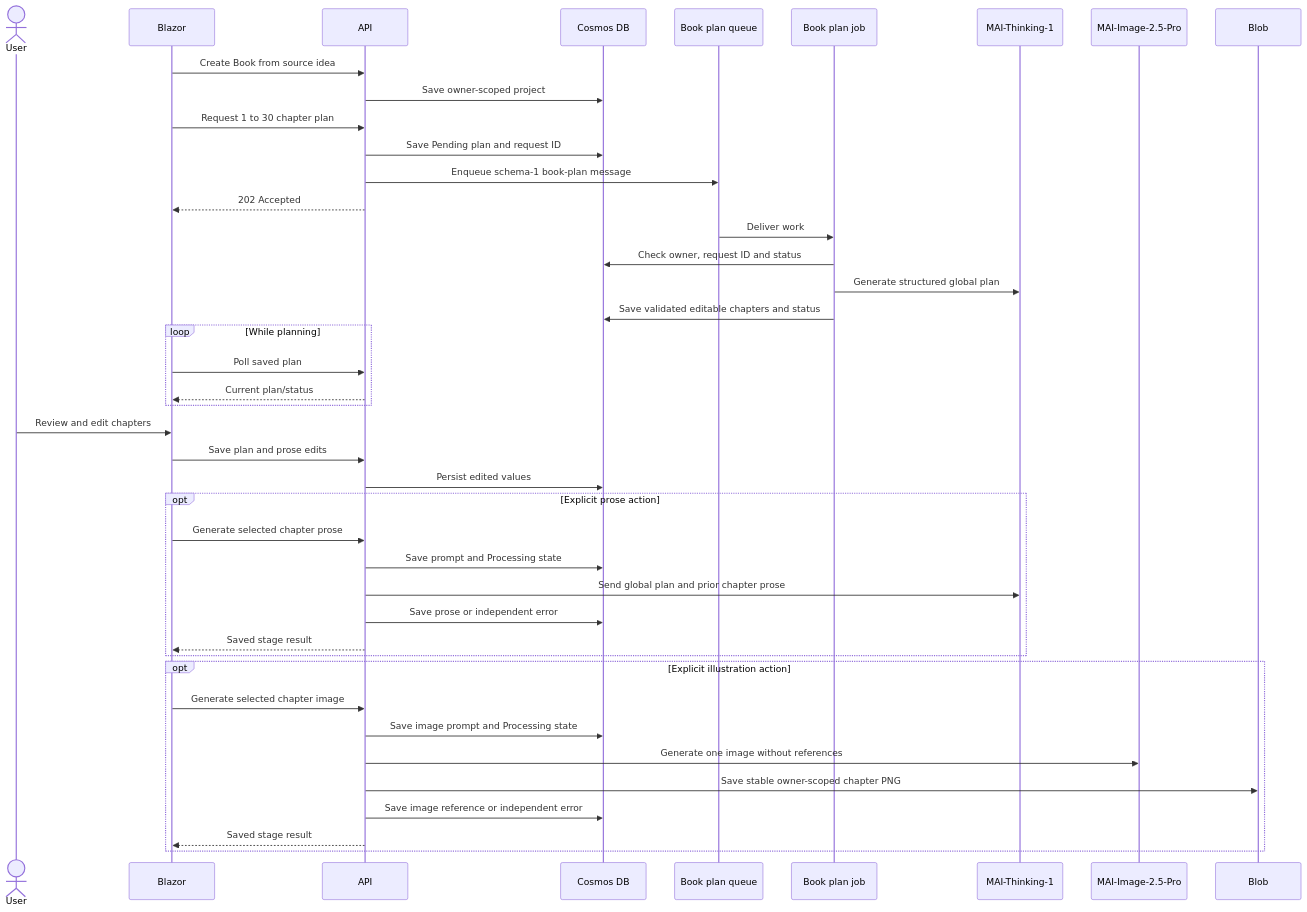
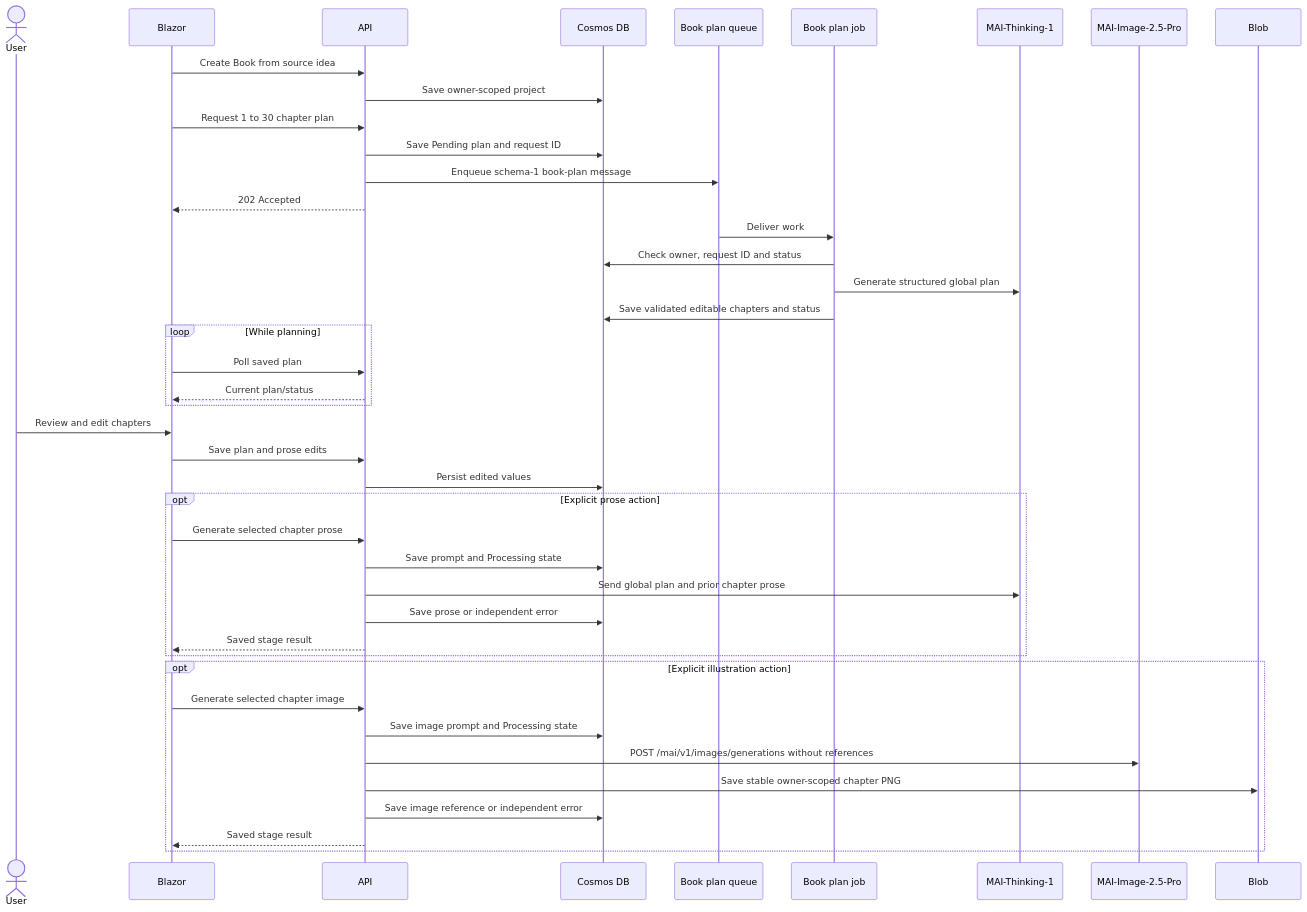
Before and after one commit to mathieumack/foundry-comics-mai: the third of 3 diagrams in docs/architecture.md, drawn with Mermaid. The commit also changed other lines of this file and 6 other files, not shown here.

First line of the commit message:
Fix chapter image generation through the MAI endpoint (#51)

````diff
--- a/docs/architecture.md
+++ b/docs/architecture.md
@@ -144,44 +144,44 @@
 ```mermaid
 sequenceDiagram
     actor User
     participant Web as Blazor
     participant API
     participant DB as Cosmos DB
     participant Queue as Book plan queue
     participant Job as Book plan job
     participant Text as MAI-Thinking-1
     participant Image as MAI-Image-2.5-Pro
     participant Blob
     Web->>API: Create Book from source idea
     API->>DB: Save owner-scoped project
     Web->>API: Request 1 to 30 chapter plan
     API->>DB: Save Pending plan and request ID
     API->>Queue: Enqueue schema-1 book-plan message
     API-->>Web: 202 Accepted
     Queue->>Job: Deliver work
     Job->>DB: Check owner, request ID and status
     Job->>Text: Generate structured global plan
     Job->>DB: Save validated editable chapters and status
     loop While planning
         Web->>API: Poll saved plan
         API-->>Web: Current plan/status
     end
     User->>Web: Review and edit chapters
     Web->>API: Save plan and prose edits
     API->>DB: Persist edited values
     opt Explicit prose action
         Web->>API: Generate selected chapter prose
         API->>DB: Save prompt and Processing state
         API->>Text: Send global plan and prior chapter prose
         API->>DB: Save prose or independent error
         API-->>Web: Saved stage result
     end
     opt Explicit illustration action
         Web->>API: Generate selected chapter image
         API->>DB: Save image prompt and Processing state
-        API->>Image: Generate one image without references
+        API->>Image: POST /mai/v1/images/generations without references
         API->>Blob: Save stable owner-scoped chapter PNG
         API->>DB: Save image reference or independent error
         API-->>Web: Saved stage result
     end
 ```
````
